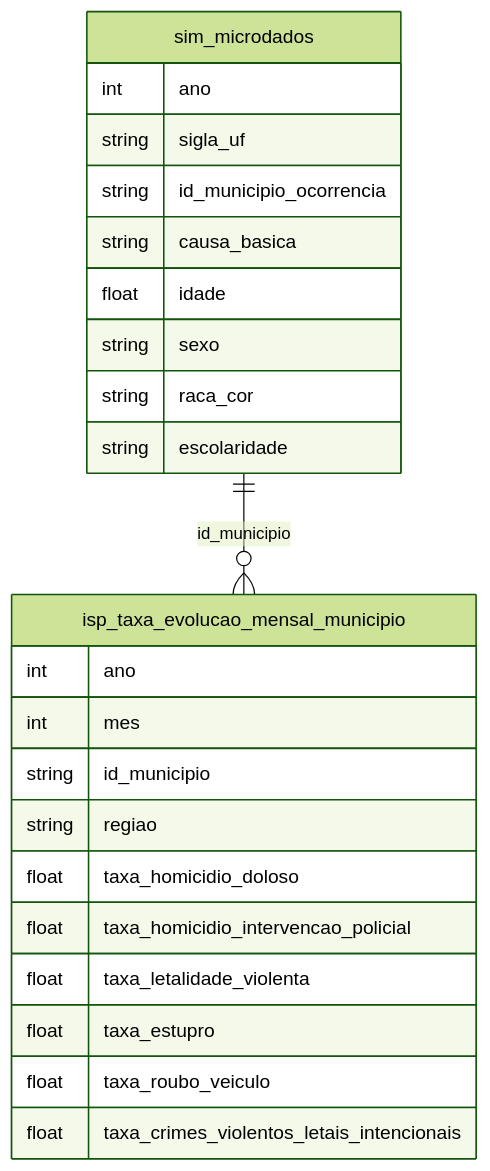
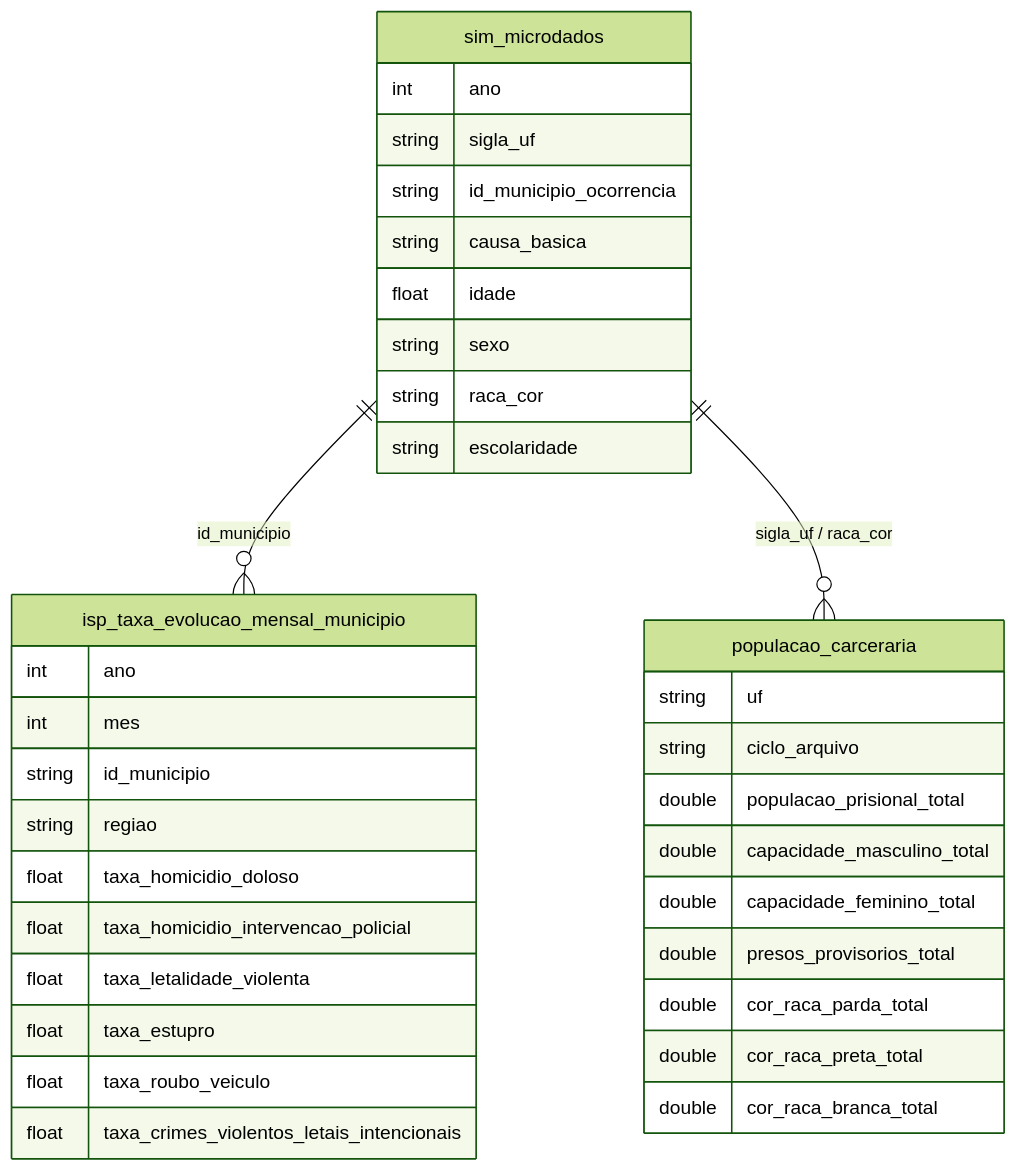
Before and after one commit to rafapolo/rodado: the diagram in docs/overview/06_crime_violencia.md, drawn with Mermaid (forest theme). The commit also changed other lines of this file and 1 other file, not shown here.

First line of the commit message:
fix: correct swapped SIM race codes and enrich crime overview

````diff
--- a/docs/overview/06_crime_violencia.md
+++ b/docs/overview/06_crime_violencia.md
@@ -2,26 +2,38 @@
 ```mermaid
 erDiagram
     sim_microdados {
         int ano
         string sigla_uf
         string id_municipio_ocorrencia
         string causa_basica
         float idade
         string sexo
         string raca_cor
         string escolaridade
     }
     isp_taxa_evolucao_mensal_municipio {
         int ano
         int mes
         string id_municipio
         string regiao
         float taxa_homicidio_doloso
         float taxa_homicidio_intervencao_policial
         float taxa_letalidade_violenta
         float taxa_estupro
         float taxa_roubo_veiculo
         float taxa_crimes_violentos_letais_intencionais
     }
+    populacao_carceraria {
+        string uf
+        string ciclo_arquivo
+        double populacao_prisional_total
+        double capacidade_masculino_total
+        double capacidade_feminino_total
+        double presos_provisorios_total
+        double cor_raca_parda_total
+        double cor_raca_preta_total
+        double cor_raca_branca_total
+    }
     sim_microdados ||--o{ isp_taxa_evolucao_mensal_municipio : "id_municipio"
+    sim_microdados ||--o{ populacao_carceraria : "sigla_uf / raca_cor"
 ```
````
